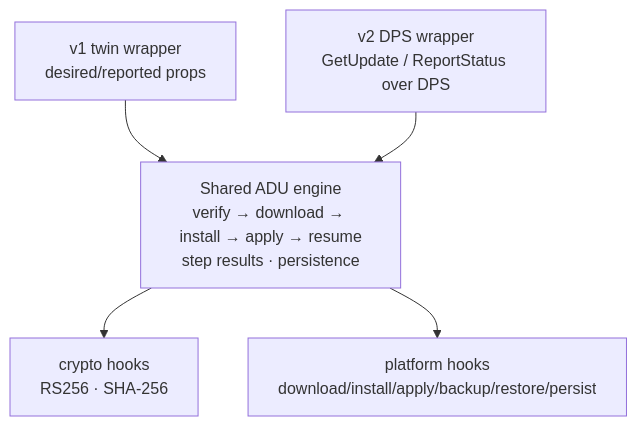
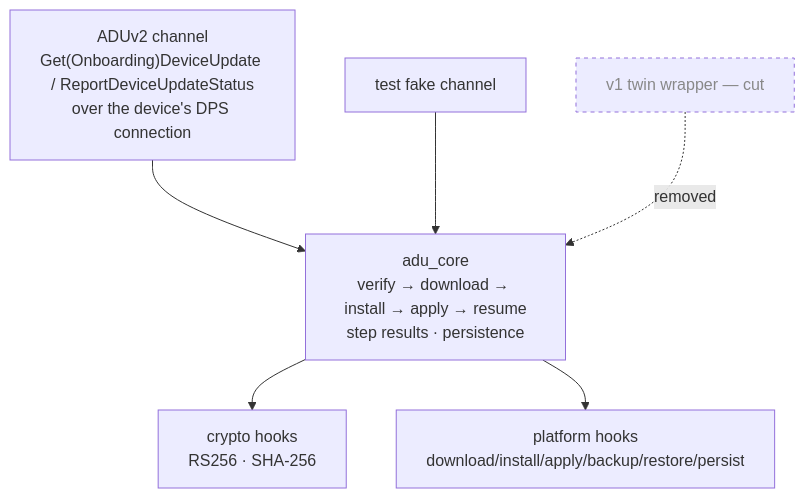
One commit to Azure/azure-iot-sdk changed the fourth of 4 diagrams in c/docs/eng/adu-client-plan.md. Above: the diagram before and after it, drawn with Mermaid. The commit also changed other lines of this file and 11 other files, not shown here.

Commit message:
docs(adu): make ADUv2 the implementation target and record the ADUv1 cut

````diff
--- a/c/docs/eng/adu-client-plan.md
+++ b/c/docs/eng/adu-client-plan.md
@@ -280,8 +367,10 @@
 ```mermaid
 flowchart TB
-    ENG["Shared ADU engine<br/>verify → download → install → apply → resume<br/>step results · persistence"]
-    TW["v1 twin wrapper<br/>desired/reported props"] --> ENG
-    DP["v2 DPS wrapper<br/>GetUpdate / ReportStatus over DPS"] --> ENG
+    ENG["adu_core<br/>verify → download → install → apply → resume<br/>step results · persistence"]
+    DP["ADUv2 channel<br/>Get(Onboarding)DeviceUpdate / ReportDeviceUpdateStatus<br/>over the device's DPS connection"] --> ENG
+    FK["test fake channel"] --> ENG
+    TW["v1 twin wrapper — cut"]:::cut -.->|removed| ENG
     ENG --> CR["crypto hooks<br/>RS256 · SHA-256"]
     ENG --> PL["platform hooks<br/>download/install/apply/backup/restore/persist"]
+    classDef cut stroke-dasharray: 4 4,color:#888;
 ```
````
